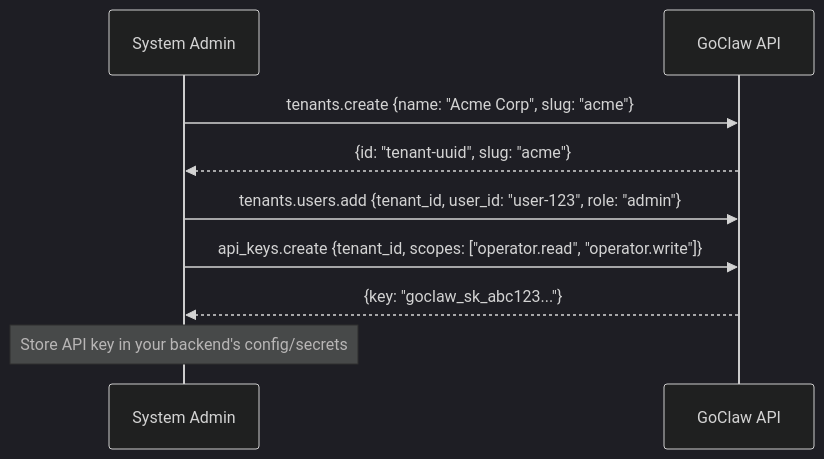
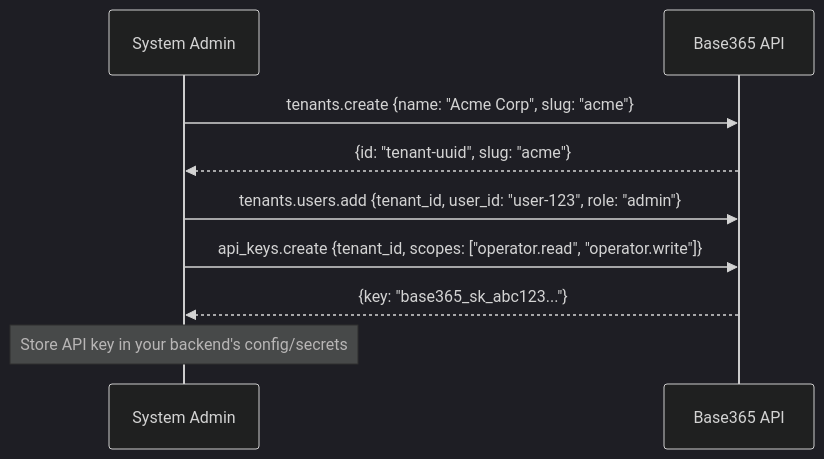
The third of 6 diagrams in docs/23-multi-tenant-architecture.md (edyoCampos/base365), drawn with Mermaid (dark theme) before and after one commit. The commit also changed other lines of this file and 2108 other files, not shown here.

Commit message:
refactor: rebrand GoClaw -> Base365 (conteudo e caminhos)

````diff
--- a/docs/23-multi-tenant-architecture.md
+++ b/docs/23-multi-tenant-architecture.md
@@ -130,15 +130,15 @@
 ```mermaid
 sequenceDiagram
     participant Admin as System Admin
-    participant GC as GoClaw API
+    participant GC as Base365 API
 
     Admin->>GC: tenants.create {name: "Acme Corp", slug: "acme"}
     GC-->>Admin: {id: "tenant-uuid", slug: "acme"}
 
     Admin->>GC: tenants.users.add {tenant_id, user_id: "user-123", role: "admin"}
 
     Admin->>GC: api_keys.create {tenant_id, scopes: ["operator.read", "operator.write"]}
-    GC-->>Admin: {key: "goclaw_sk_abc123..."}
+    GC-->>Admin: {key: "base365_sk_abc123..."}
 
     Note over Admin: Store API key in your backend's config/secrets
 ```
````
